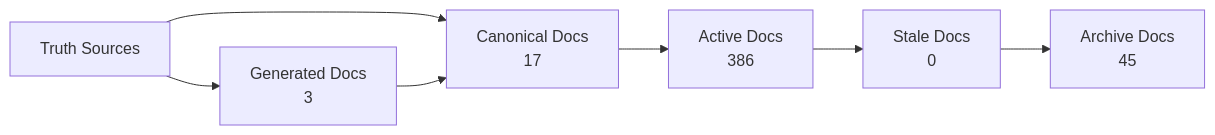
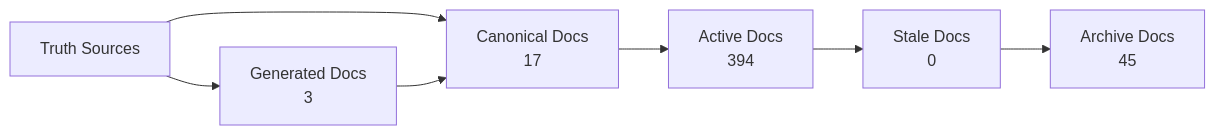
Before and after one commit to Latimer-Woods-Tech/Factory: the diagram in docs/_generated/docs-trust-map.md, drawn with Mermaid. The commit also changed other lines of this file and 9 other files, not shown here.

````diff
--- a/docs/_generated/docs-trust-map.md
+++ b/docs/_generated/docs-trust-map.md
@@ -20,14 +20,14 @@
 ```mermaid
 flowchart LR
   truth["Truth Sources"] --> canonical["Canonical Docs"]
   canonical --> active["Active Docs"]
   active --> stale["Stale Docs"]
   stale --> archive["Archive Docs"]
   canonical["Canonical Docs\n17"]
-  active["Active Docs\n386"]
+  active["Active Docs\n394"]
   stale["Stale Docs\n0"]
   archive["Archive Docs\n45"]
   generated["Generated Docs\n3"]
   truth --> generated
   generated --> canonical
 ```
````
